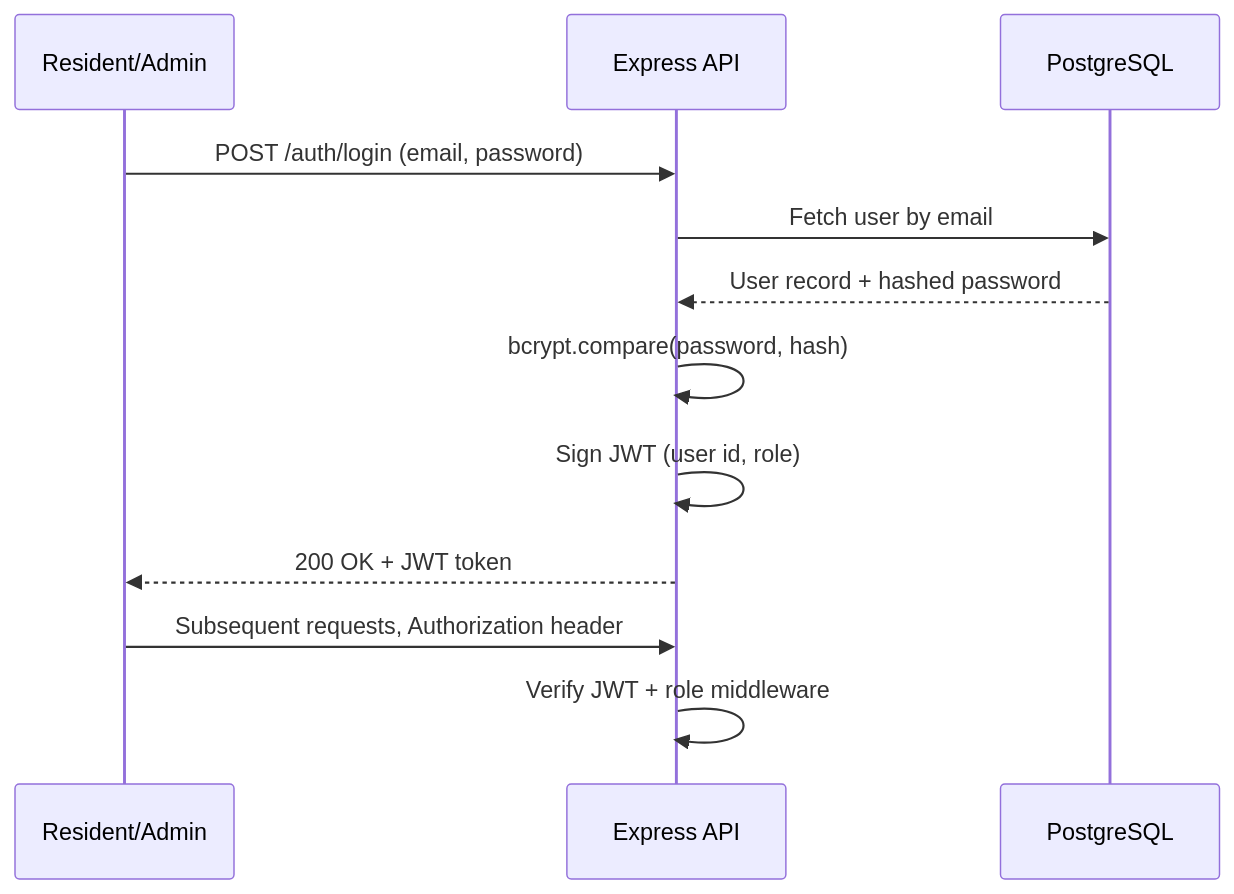
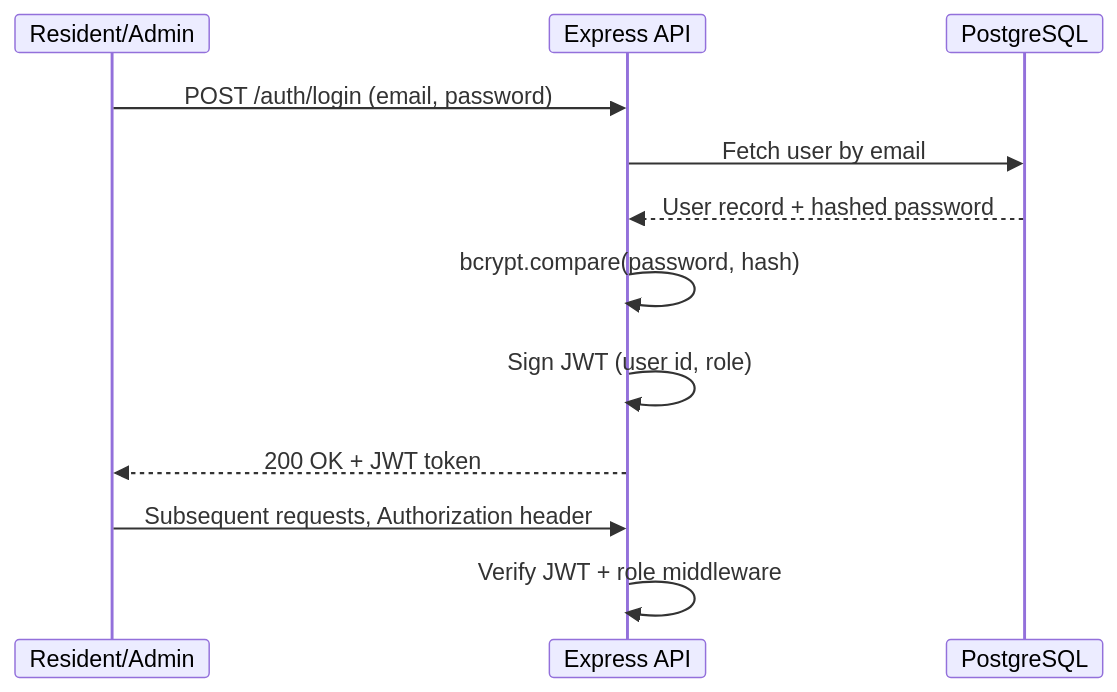
One commit to Suyash121212/SocietyTrack changed the seventh of 8 diagrams in SYSTEM_DESIGN.md. Above: the diagram before and after it, drawn with Mermaid. The commit also changed other lines of this file, not shown here.

````diff
--- a/SYSTEM_DESIGN.md
+++ b/SYSTEM_DESIGN.md
@@ -241,15 +243,16 @@
 ```mermaid
+%%{init: {'themeVariables': {'fontSize': '11px'}, 'sequence': {'actorMargin': 25, 'messageMargin': 10, 'boxMargin': 4, 'height': 26, 'width': 90}}}%%
 sequenceDiagram
     participant R as Resident/Admin
     participant API as Express API
     participant DB as PostgreSQL
 
     R->>API: POST /auth/login (email, password)
     API->>DB: Fetch user by email
     DB-->>API: User record + hashed password
     API->>API: bcrypt.compare(password, hash)
     API->>API: Sign JWT (user id, role)
     API-->>R: 200 OK + JWT token
     R->>API: Subsequent requests, Authorization header
     API->>API: Verify JWT + role middleware
 ```
````
